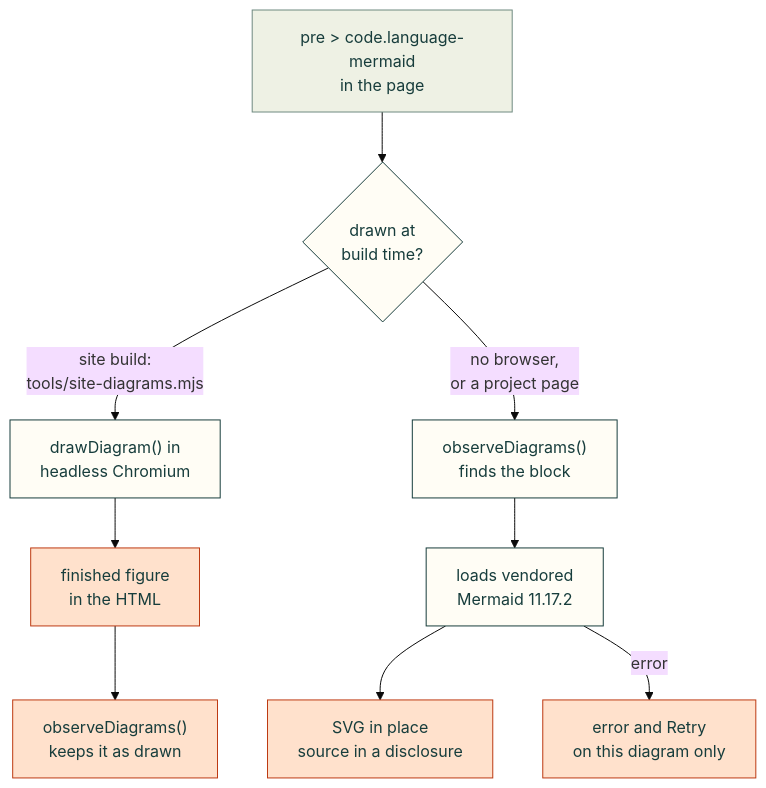
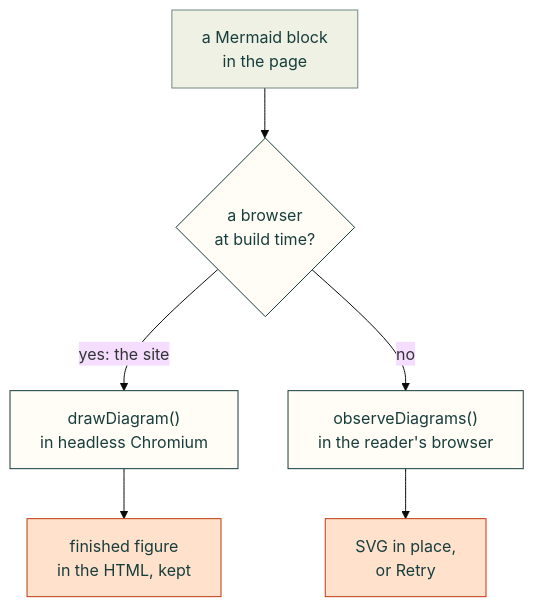
The diagram in docs/web-diagrams.md (Valpatel/cad-agent), drawn with Mermaid (base theme) before and after one commit. The commit also changed other lines of this file and 5 other files, not shown here.

First line of the commit message:
site diagrams: 15px Inter keeps every diagram as wide as before; size-only no-script check

````diff
--- a/docs/web-diagrams.md
+++ b/docs/web-diagrams.md
@@ -15,17 +15,14 @@
 ```mermaid
 flowchart TD
-    S["pre > code.language-mermaid<br/>in the page"] --> B{"drawn at<br/>build time?"}
-    B -->|"site build:<br/>tools/site-diagrams.mjs"| H["drawDiagram() in<br/>headless Chromium"]
-    H --> F["finished figure<br/>in the HTML"]
-    B -->|"no browser,<br/>or a project page"| O["observeDiagrams()<br/>finds the block"]
-    O --> L["loads vendored<br/>Mermaid 11.17.2"]
-    L --> V["SVG in place<br/>source in a disclosure"]
-    L -->|"error"| E["error and Retry<br/>on this diagram only"]
-    F --> K["observeDiagrams()<br/>keeps it as drawn"]
+    S["a Mermaid block<br/>in the page"] --> B{"a browser<br/>at build time?"}
+    B -->|"yes: the site"| H["drawDiagram()<br/>in headless Chromium"]
+    B -->|"no"| O["observeDiagrams()<br/>in the reader's browser"]
+    H --> F["finished figure<br/>in the HTML, kept"]
+    O --> V["SVG in place,<br/>or Retry"]
     classDef here fill:#fffdf5,stroke:#173d3c,color:#173d3c
     classDef near fill:#eef1e4,stroke:#6f8a80,color:#173d3c
     classDef out fill:#ffe1cc,stroke:#bd3a12,color:#173d3c
-    class B,H,O,L here
+    class B,H,O here
     class S near
-    class F,K,V,E out
+    class F,V out
 ```
````
